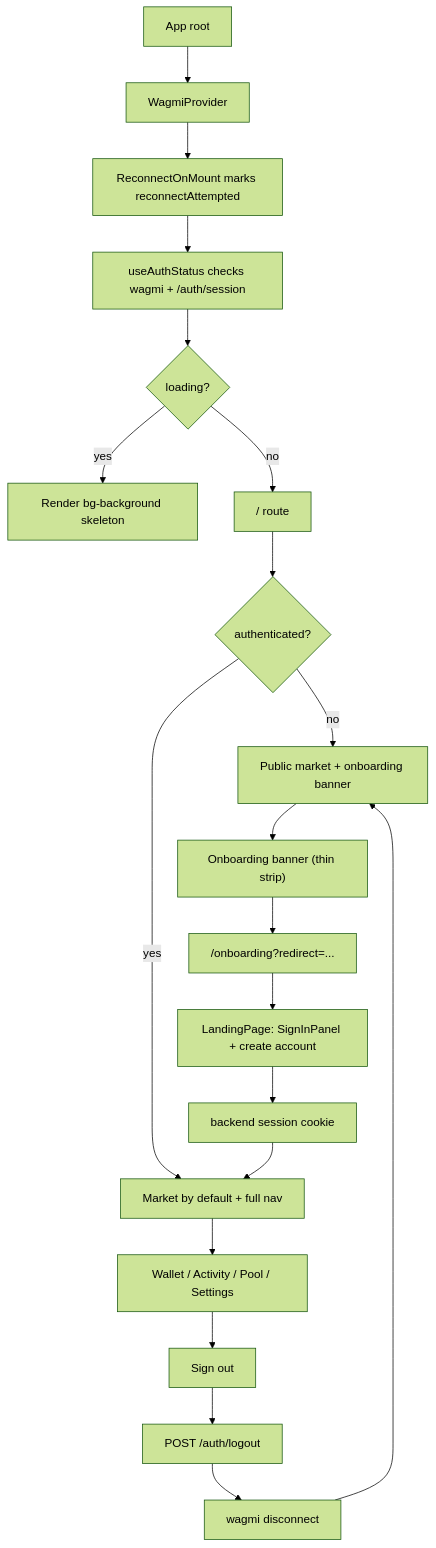
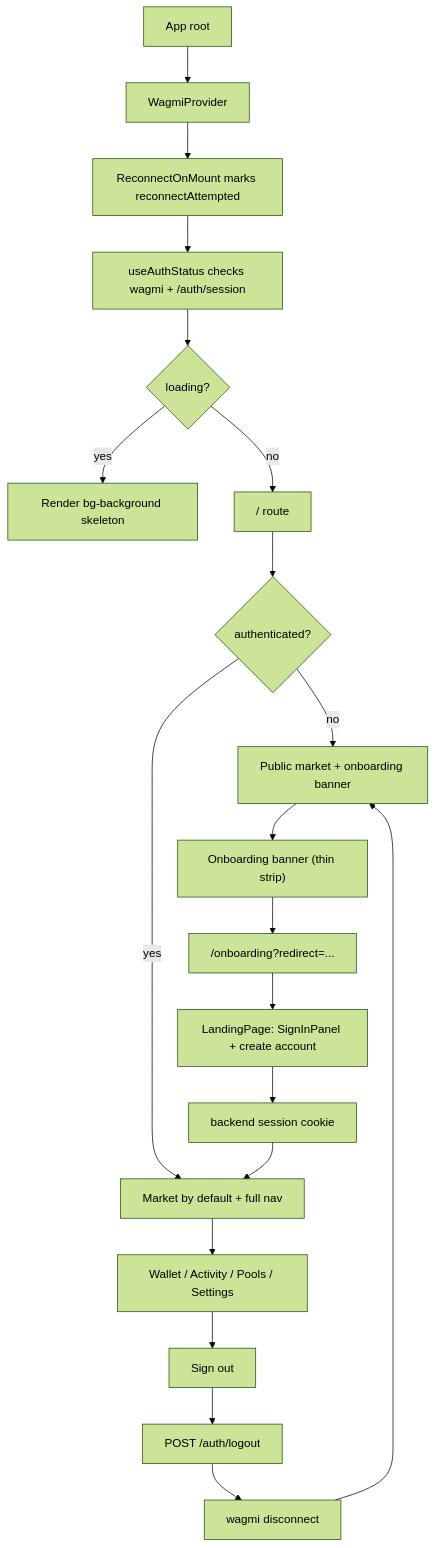
One commit to cosmo-local-credit/clc-app changed the diagram in docs/AUTH.md. Above: the diagram before and after it, drawn with Mermaid (forest theme). The commit also changed 31 other files, not shown here.

Commit message:
feat: add pools tab swap flow

````diff
--- a/docs/AUTH.md
+++ b/docs/AUTH.md
@@ -63,25 +63,25 @@
 ```mermaid
 flowchart TD
   App["App root"] --> Web3["WagmiProvider"]
   Web3 --> Bootstrap["ReconnectOnMount marks reconnectAttempted"]
   Bootstrap --> Auth["useAuthStatus checks wagmi + /auth/session"]
   Auth --> Loading{"loading?"}
   Loading -->|"yes"| Skeleton["Render bg-background skeleton"]
   Loading -->|"no"| Index["/ route"]
 
   Index --> Guest{"authenticated?"}
   Guest -->|"no"| MarketGuest["Public market + onboarding banner"]
   Guest -->|"yes"| MarketAuth["Market by default + full nav"]
 
   MarketGuest --> Strip["Onboarding banner (thin strip)"]
   Strip --> Onboarding["/onboarding?redirect=..."]
   Onboarding --> Panel["LandingPage: SignInPanel + create account"]
   Panel --> Session["backend session cookie"]
   Session --> MarketAuth
 
-  MarketAuth --> PrivateTabs["Wallet / Activity / Pool / Settings"]
+  MarketAuth --> PrivateTabs["Wallet / Activity / Pools / Settings"]
   PrivateTabs --> SignOut["Sign out"]
   SignOut --> Logout["POST /auth/logout"]
   Logout --> Disconnect["wagmi disconnect"]
   Disconnect --> MarketGuest
 ```
````
